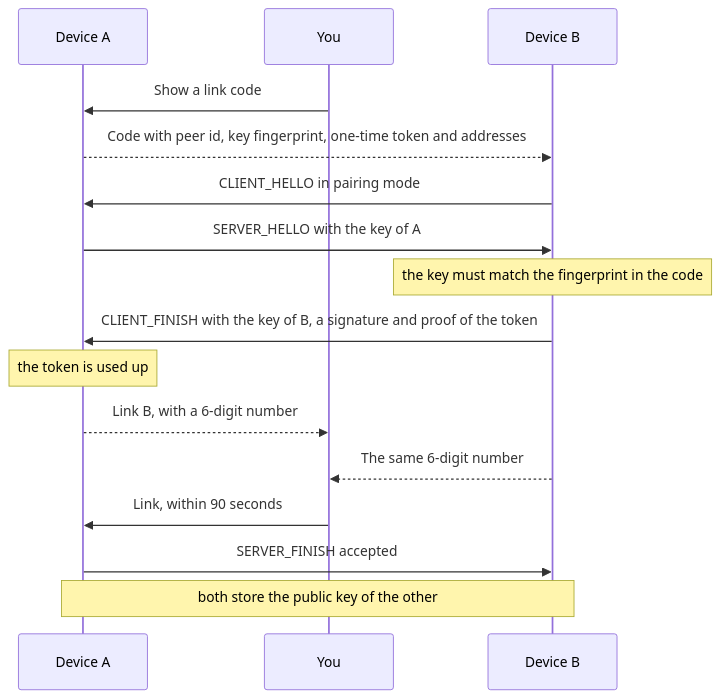
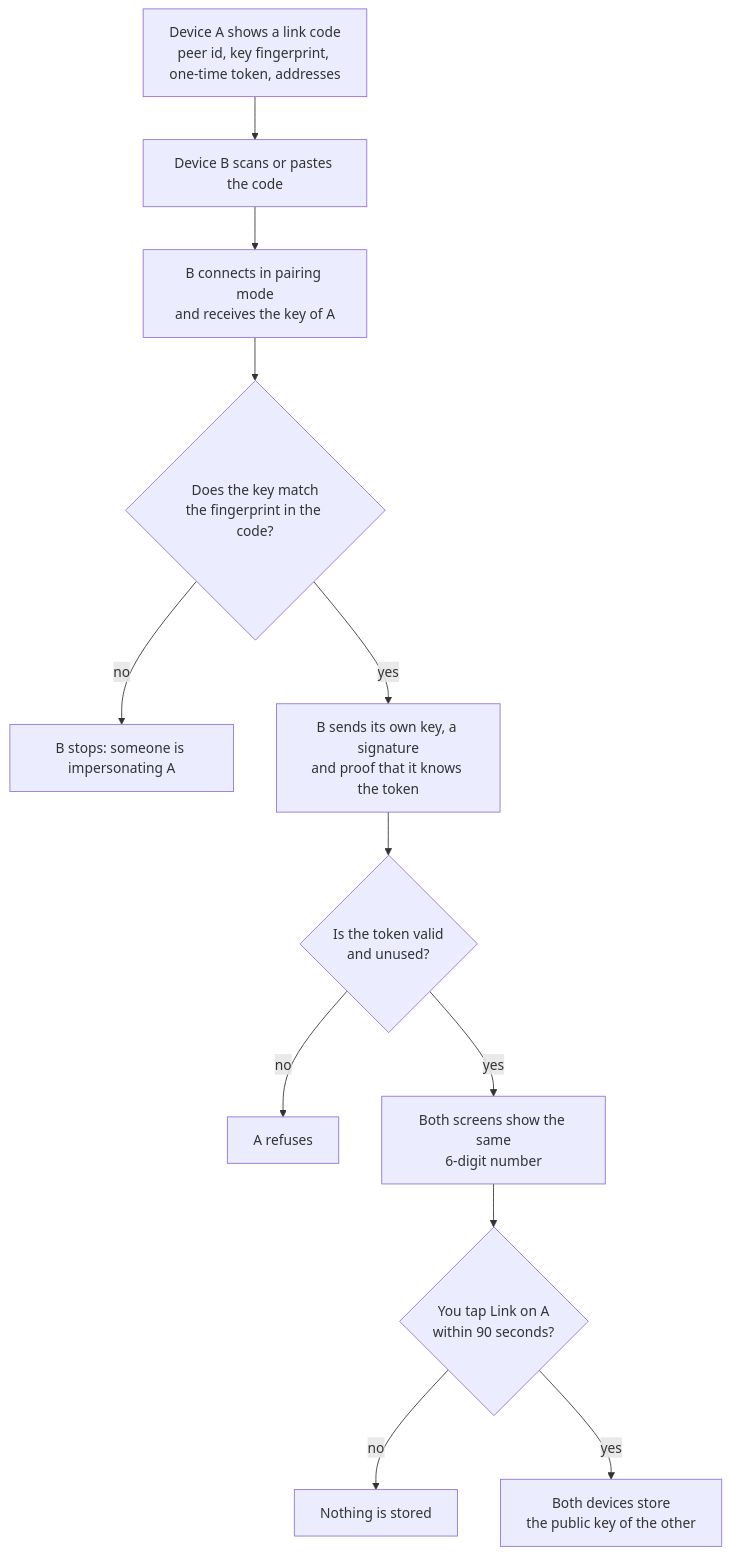
Before and after one commit to FancyCorey/handoff: the first of 2 diagrams in docs/SECURITY.md, drawn with Mermaid.

Commit message:
Linking diagram as a flowchart

````diff
--- a/docs/SECURITY.md
+++ b/docs/SECURITY.md
@@ -22,18 +22,14 @@
 ```mermaid
-sequenceDiagram
-    participant A as Device A
-    participant U as You
-    participant B as Device B
-    U->>A: Show a link code
-    A-->>B: Code with peer id, key fingerprint, one-time token and addresses
-    B->>A: CLIENT_HELLO in pairing mode
-    A->>B: SERVER_HELLO with the key of A
-    Note over B: the key must match the fingerprint in the code
-    B->>A: CLIENT_FINISH with the key of B, a signature and proof of the token
-    Note over A: the token is used up
-    A-->>U: Link B, with a 6-digit number
-    B-->>U: The same 6-digit number
-    U->>A: Link, within 90 seconds
-    A->>B: SERVER_FINISH accepted
-    Note over A,B: both store the public key of the other
+flowchart TD
+    show["Device A shows a link code<br/>peer id, key fingerprint, one-time token, addresses"] --> scan["Device B scans or pastes the code"]
+    scan --> hello["B connects in pairing mode<br/>and receives the key of A"]
+    hello --> check{"Does the key match<br/>the fingerprint in the code?"}
+    check -- no --> stop1["B stops: someone is impersonating A"]
+    check -- yes --> finish["B sends its own key, a signature<br/>and proof that it knows the token"]
+    finish --> token{"Is the token valid<br/>and unused?"}
+    token -- no --> stop2["A refuses"]
+    token -- yes --> sas["Both screens show the same<br/>6-digit number"]
+    sas --> approve{"You tap Link on A<br/>within 90 seconds?"}
+    approve -- no --> stop3["Nothing is stored"]
+    approve -- yes --> stored["Both devices store<br/>the public key of the other"]
 ```
````
